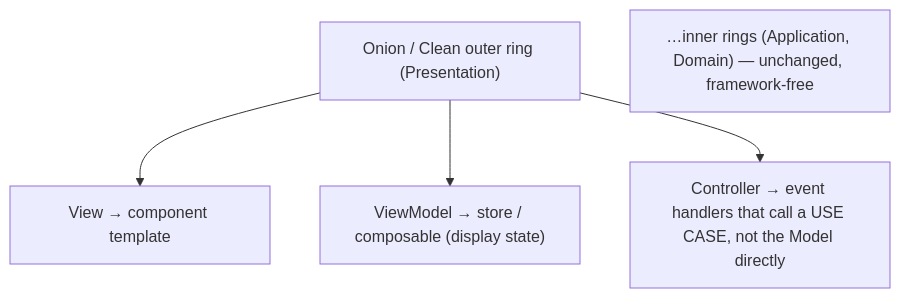
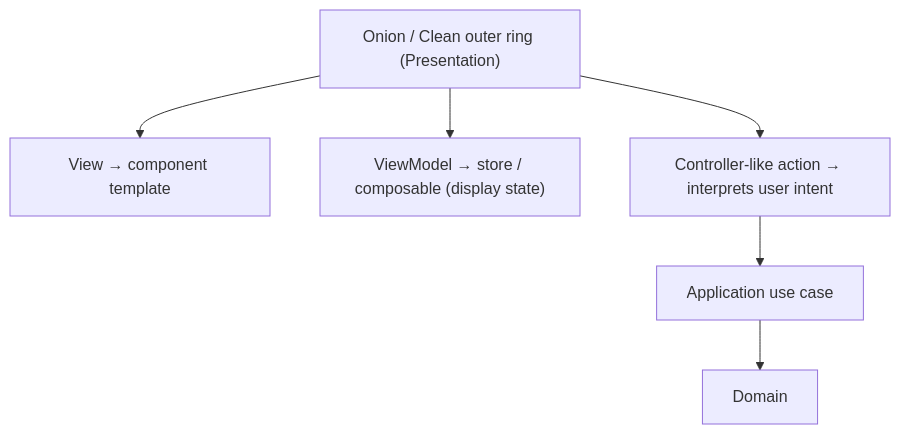
Before and after one commit to AndresTaoFlorez/software-architecture: the second of 2 diagrams in model-view-controller/3-mvc-on-the-frontend.md, drawn with Mermaid. The commit also changed other lines of this file and 21 other files, not shown here.

Commit message:
docs: enforce progressive architecture documentation standard

````diff
--- a/model-view-controller/3-mvc-on-the-frontend.md
+++ b/model-view-controller/3-mvc-on-the-frontend.md
@@ -65,11 +67,13 @@
 ```mermaid
 flowchart TD
     N0["Onion / Clean outer ring (Presentation)"]
     N1["View → component template"]
     N2["ViewModel → store / composable (display state)"]
-    N3["Controller → event handlers that call a USE CASE, not the Model directly"]
-    N4["…inner rings (Application, Domain) — unchanged, framework-free"]
+    N3["Controller-like action → interprets user intent"]
+    N4["Application use case"]
+    N5["Domain"]
+    N3 --> N4 --> N5
     N0 --> N1
     N0 --> N2
     N0 --> N3
 ```
````
